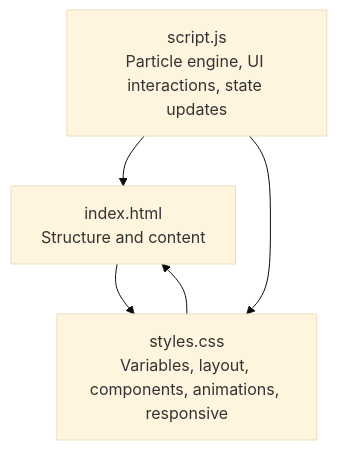
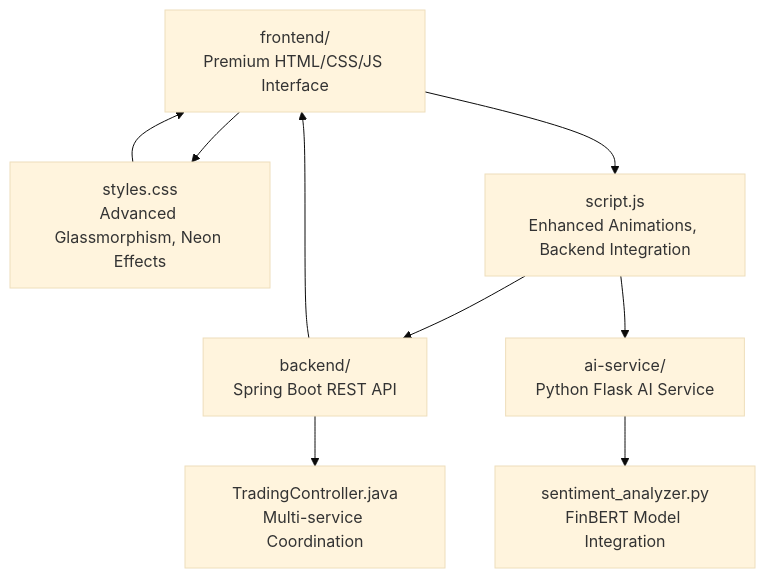
The first of 4 diagrams in .qoder/repowiki/en/content/Styling and Visual Design.md (ayushtiwari1526/TheReinforcers_AyushTiwari), drawn with Mermaid (base theme) before and after one commit. The commit also changed other lines of this file and 21 other files, not shown here.

First line of the commit message:
feat: Complete AI Trading Signal Engine with Gemma SLM

````diff
--- a/.qoder/repowiki/en/content/Styling and Visual Design.md
+++ b/.qoder/repowiki/en/content/Styling and Visual Design.md
@@ -28,7 +41,11 @@
 ```mermaid
 graph TB
-HTML["index.html<br/>Structure and content"] --> Styles["styles.css<br/>Variables, layout, components, animations, responsive"]
-JS["script.js<br/>Particle engine, UI interactions, state updates"] --> HTML
-JS --> Styles
-Styles --> HTML
+Frontend["frontend/<br/>Premium HTML/CSS/JS Interface"] --> Styles["styles.css<br/>Advanced Glassmorphism, Neon Effects"]
+Frontend --> Scripts["script.js<br/>Enhanced Animations, Backend Integration"]
+Backend["backend/<br/>Spring Boot REST API"] --> Controller["TradingController.java<br/>Multi-service Coordination"]
+AI["ai-service/<br/>Python Flask AI Service"] --> Models["sentiment_analyzer.py<br/>FinBERT Model Integration"]
+Styles --> Frontend
+Scripts --> Backend
+Scripts --> AI
+Backend --> Frontend
 ```
````
